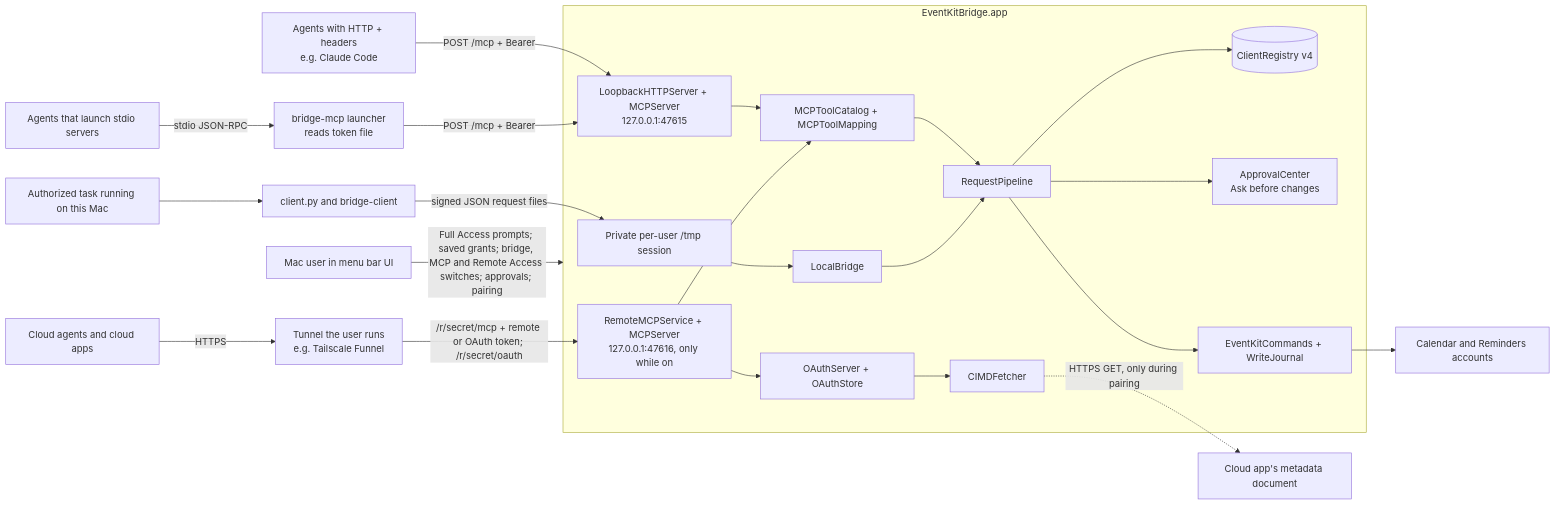
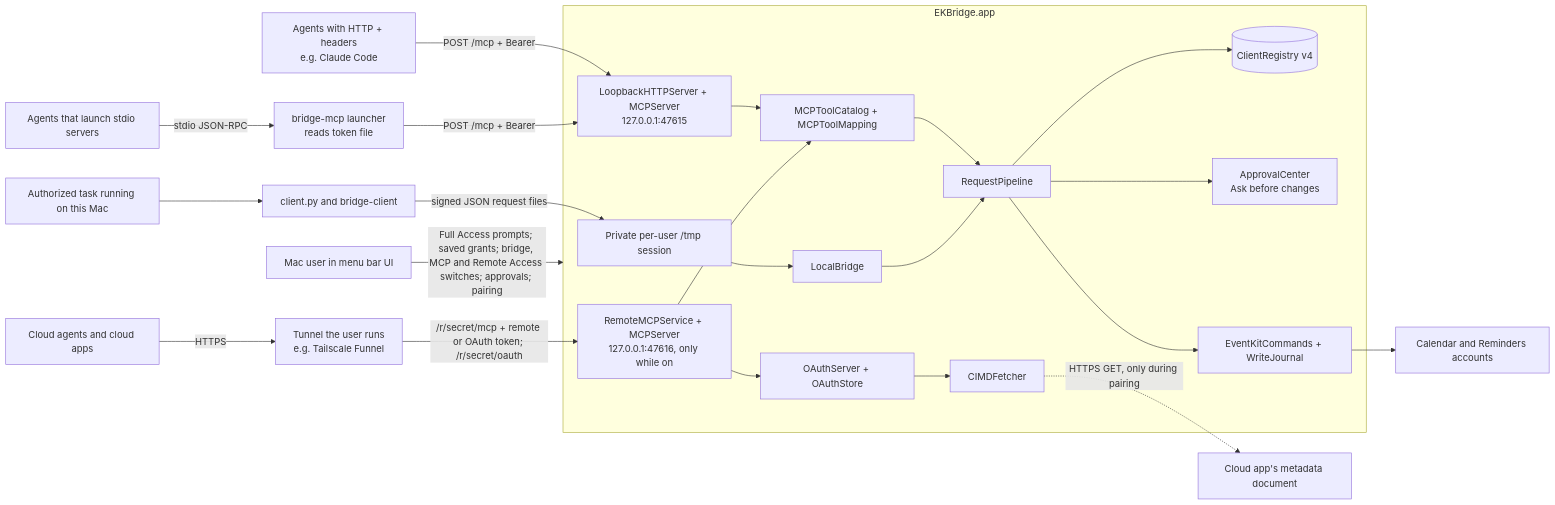
The diagram in docs/ARCHITECTURE.md (bereciartua/ek-bridge), drawn with Mermaid before and after one commit. The commit also changed other lines of this file and 97 other files, not shown here.

````diff
--- a/docs/ARCHITECTURE.md
+++ b/docs/ARCHITECTURE.md
@@ -5,25 +5,25 @@
 ```mermaid
 flowchart LR
     U[Mac user in menu bar UI] -->|Full Access prompts; saved grants; bridge, MCP and Remote Access switches; approvals; pairing| A
     T[Authorized task running on this Mac] --> C[client.py and bridge-client]
     C -->|signed JSON request files| F[Private per-user /tmp session]
     G1[Agents that launch stdio servers] -->|stdio JSON-RPC| L[bridge-mcp launcher<br/>reads token file]
     G2[Agents with HTTP + headers<br/>e.g. Claude Code] -->|POST /mcp + Bearer| S
     L -->|POST /mcp + Bearer| S
     CA[Cloud agents and cloud apps] -->|HTTPS| TU[Tunnel the user runs<br/>e.g. Tailscale Funnel]
     TU -->|/r/secret/mcp + remote or OAuth token; /r/secret/oauth| RS
-    subgraph A[EventKitBridge.app]
+    subgraph A[EKBridge.app]
       S[LoopbackHTTPServer + MCPServer<br/>127.0.0.1:47615] --> M[MCPToolCatalog + MCPToolMapping]
       RS[RemoteMCPService + MCPServer<br/>127.0.0.1:47616, only while on] --> M
       RS --> OA[OAuthServer + OAuthStore]
       OA --> CF[CIMDFetcher]
       F --> LB[LocalBridge]
       M --> P[RequestPipeline]
       LB --> P
       P --> R[(ClientRegistry v4)]
       P --> AP[ApprovalCenter<br/>Ask before changes]
       P --> E[EventKitCommands + WriteJournal]
     end
     E --> K[Calendar and Reminders accounts]
     CF -.->|HTTPS GET, only during pairing| W[Cloud app's metadata document]
 ```
````
